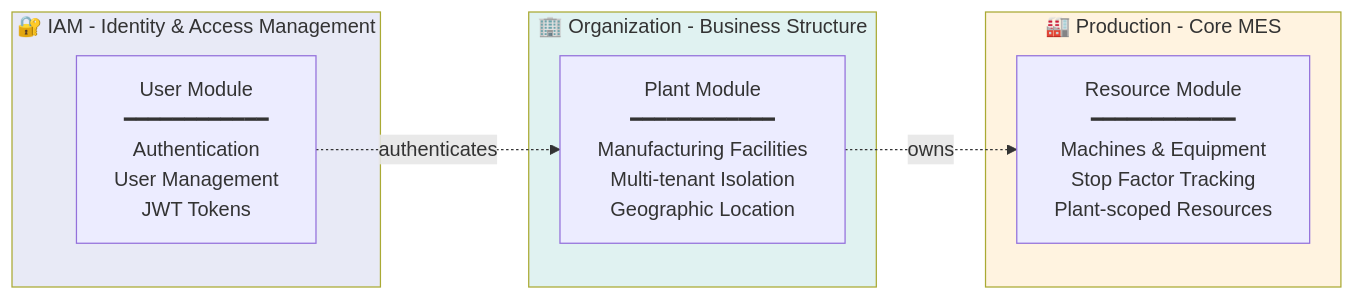
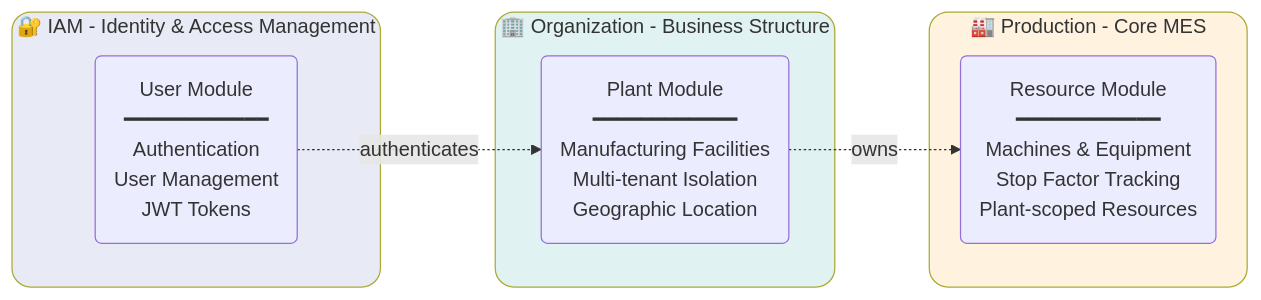
The second of 3 diagrams in README.md (davidgaspardev/usermes-backend), drawn with Mermaid before and after one commit. The commit also changed other lines of this file, not shown here.

````diff
--- a/README.md
+++ b/README.md
@@ -76,21 +81,25 @@
 ```mermaid
 graph LR
     subgraph IAM["🔐 IAM - Identity & Access Management"]
-        USER[User Module<br/>━━━━━━━━━━━━<br/>Authentication<br/>User Management<br/>JWT Tokens]
+        USER(User Module<br/>━━━━━━━━━━━━<br/>Authentication<br/>User Management<br/>JWT Tokens)
     end
     
     subgraph ORG["🏢 Organization - Business Structure"]
-        PLANT[Plant Module<br/>━━━━━━━━━━━━<br/>Manufacturing Facilities<br/>Multi-tenant Isolation<br/>Geographic Location]
+        PLANT(Plant Module<br/>━━━━━━━━━━━━<br/>Manufacturing Facilities<br/>Multi-tenant Isolation<br/>Geographic Location)
     end
     
     subgraph PROD["🏭 Production - Core MES"]
-        RES[Resource Module<br/>━━━━━━━━━━━━<br/>Machines & Equipment<br/>Stop Factor Tracking<br/>Plant-scoped Resources]
+        RES(Resource Module<br/>━━━━━━━━━━━━<br/>Machines & Equipment<br/>Stop Factor Tracking<br/>Plant-scoped Resources)
     end
     
     USER -.->|authenticates| PLANT
     PLANT -.->|owns| RES
+
+    style IAM rx:15px,ry:15px
+    style ORG rx:15px,ry:15px
+    style PROD rx:15px,ry:15px
     
     style IAM fill:#e8eaf6
     style ORG fill:#e0f2f1
     style PROD fill:#fff3e0
 ```
````
